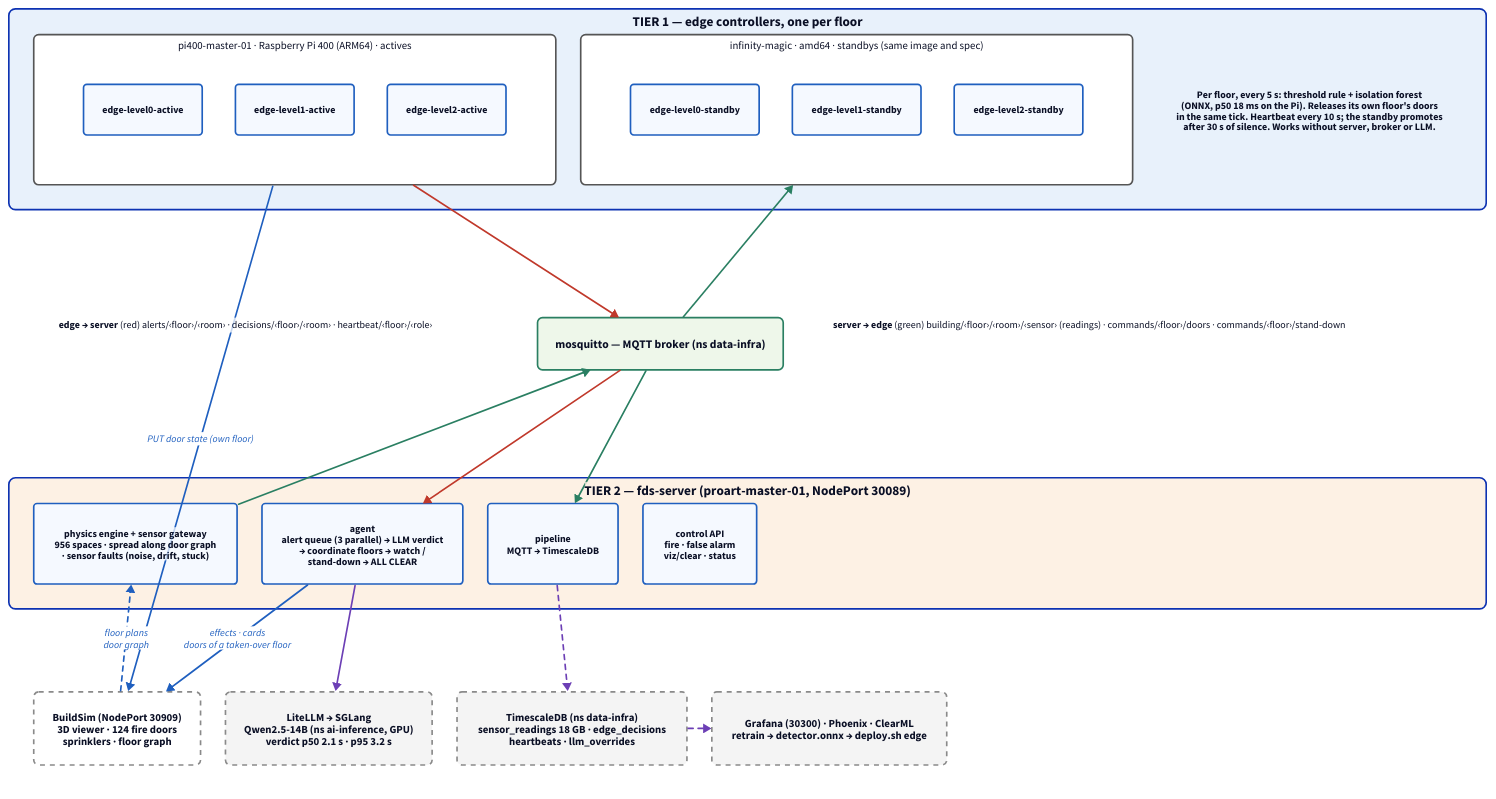
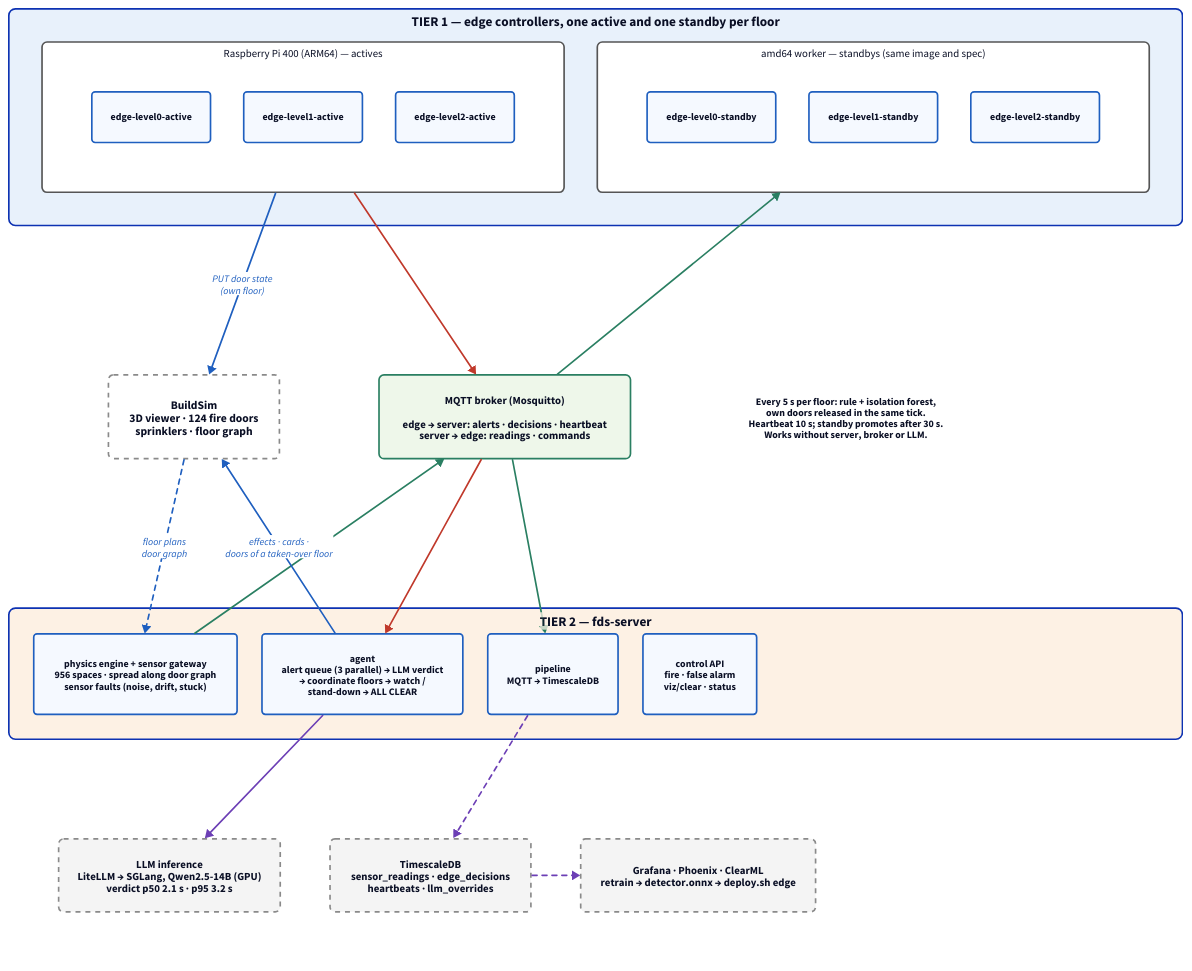
One commit to applied-ai-ltu/d7065e changed the diagram in docs/diagrams/01-architecture.d2. Above: the diagram before and after it, drawn with D2. The commit also changed 5 other files, not shown here.

Commit message:
docs: context and container diagrams simplified — no hostnames or ports, symmetric layout

```diff
--- a/docs/diagrams/01-architecture.d2
+++ b/docs/diagrams/01-architecture.d2
@@ -1,96 +1,88 @@
 grid-rows: 4
-grid-gap: 70
+grid-gap: 60
 
 classes: {
   tier: {style: {stroke-width: 2; border-radius: 8; font-size: 16; bold: true}}
   host: {style: {border-radius: 6; stroke: "#555"; fill: "#ffffff"; font-size: 13}}
   pod: {style: {border-radius: 4; stroke: "#1f5fbf"; fill: "#f5f9ff"; font-size: 12}}
   infra: {style: {border-radius: 6; stroke: "#8a8a8a"; fill: "#f4f4f4"; stroke-dash: 3; font-size: 13}}
   mqtt: {style: {stroke: "#2a7f62"; font-size: 12; font-color: "#2a7f62"; stroke-width: 2}}
   alert: {style: {stroke: "#c0392b"; font-size: 12; font-color: "#c0392b"; stroke-width: 2}}
   rest: {style: {stroke: "#1f5fbf"; font-size: 12; font-color: "#1f5fbf"}}
   data: {style: {stroke: "#6c3fb5"; font-size: 12; font-color: "#6c3fb5"; stroke-dash: 3}}
 }
 
-tier1: "TIER 1 — edge controllers, one per floor" {
+tier1: "TIER 1 — edge controllers, one active and one standby per floor" {
   class: tier
   style.fill: "#e8f1fb"
-  grid-columns: 3
-  grid-gap: 30
-  pi: "pi400-master-01 · Raspberry Pi 400 (ARM64) · actives" {
+  grid-columns: 2
+  grid-gap: 40
+  pi: "Raspberry Pi 400 (ARM64) — actives" {
     class: host
     grid-columns: 3
     e0: "edge-level0-active" {class: pod}
     e1: "edge-level1-active" {class: pod}
     e2: "edge-level2-active" {class: pod}
   }
-  im: "infinity-magic · amd64 · standbys (same image and spec)" {
+  im: "amd64 worker — standbys (same image and spec)" {
     class: host
     grid-columns: 3
     s0: "edge-level0-standby" {class: pod}
     s1: "edge-level1-standby" {class: pod}
     s2: "edge-level2-standby" {class: pod}
   }
-  note: "Per floor, every 5 s: threshold rule + isolation forest\n(ONNX, p50 18 ms on the Pi). Releases its own floor's doors\nin the same tick. Heartbeat every 10 s; the standby promotes\nafter 30 s of silence. Works without server, broker or LLM." {
+}
+
+mid: "" {
+  style.stroke: transparent
+  style.fill: transparent
+  grid-columns: 3
+  grid-gap: 120
+  buildsim: "BuildSim\n3D viewer · 124 fire doors\nsprinklers · floor graph" {class: infra; style.fill: "#ffffff"; style.font-size: 14}
+  mq: "MQTT broker (Mosquitto)\n\nedge → server: alerts · decisions · heartbeat\nserver → edge: readings · commands" {
+    class: infra
+    style.fill: "#eef7ea"
+    style.stroke: "#2a7f62"
+    style.stroke-dash: 0
+    style.font-size: 13
+  }
+  note: "Every 5 s per floor: rule + isolation forest,\nown doors released in the same tick.\nHeartbeat 10 s; standby promotes after 30 s.\nWorks without server, broker or LLM." {
     style.font-size: 12
     style.stroke: transparent
     style.fill: transparent
   }
 }
 
-mqrow: "" {
-  style.stroke: transparent
-  style.fill: transparent
-  grid-columns: 3
-  grid-gap: 60
-  topics_up: |md
-    **edge → server** (red)
-    alerts/‹floor›/‹room› · decisions/‹floor›/‹room› · heartbeat/‹floor›/‹role›
-  | {style.font-size: 12}
-  mq: "mosquitto — MQTT broker (ns data-infra)" {
-    class: infra
-    style.fill: "#eef7ea"
-    style.stroke: "#2a7f62"
-    style.stroke-dash: 0
-    style.font-size: 14
-  }
-  topics_down: |md
-    **server → edge** (green)
-    building/‹floor›/‹room›/‹sensor› (readings) · commands/‹floor›/doors · commands/‹floor›/stand-down
-  | {style.font-size: 12}
-}
-
-tier2: "TIER 2 — fds-server (proart-master-01, NodePort 30089)" {
+tier2: "TIER 2 — fds-server" {
   class: tier
   style.fill: "#fdf1e4"
   grid-columns: 4
   grid-gap: 30
-  physics: "physics engine + sensor gateway\n956 spaces · spread along door graph\n· sensor faults (noise, drift, stuck)" {class: pod}
+  physics: "physics engine + sensor gateway\n956 spaces · spread along door graph\nsensor faults (noise, drift, stuck)" {class: pod}
   agent: "agent\nalert queue (3 parallel) → LLM verdict\n→ coordinate floors → watch /\nstand-down → ALL CLEAR" {class: pod}
   pipeline: "pipeline\nMQTT → TimescaleDB" {class: pod}
   api: "control API\nfire · false alarm\nviz/clear · status" {class: pod}
 }
 
 ext: "" {
   style.stroke: transparent
   style.fill: transparent
-  grid-columns: 4
-  grid-gap: 30
-  buildsim: "BuildSim (NodePort 30909)\n3D viewer · 124 fire doors\nsprinklers · floor graph" {class: infra; style.fill: "#ffffff"}
-  llm: "LiteLLM → SGLang\nQwen2.5-14B (ns ai-inference, GPU)\nverdict p50 2.1 s · p95 3.2 s" {class: infra}
-  db: "TimescaleDB (ns data-infra)\nsensor_readings 18 GB · edge_decisions\nheartbeats · llm_overrides" {class: infra}
-  obs: "Grafana (30300) · Phoenix · ClearML\nretrain → detector.onnx → deploy.sh edge" {class: infra}
+  grid-columns: 3
+  grid-gap: 60
+  llm: "LLM inference\nLiteLLM → SGLang, Qwen2.5-14B (GPU)\nverdict p50 2.1 s · p95 3.2 s" {class: infra}
+  db: "TimescaleDB\nsensor_readings · edge_decisions\nheartbeats · llm_overrides" {class: infra}
+  obs: "Grafana · Phoenix · ClearML\nretrain → detector.onnx → deploy.sh edge" {class: infra}
 }
 
-tier1.pi -> mqrow.mq: {class: alert}
-mqrow.mq -> tier1.im: {class: mqtt}
-tier2.physics -> mqrow.mq: {class: mqtt}
-mqrow.mq -> tier2.agent: {class: alert}
-mqrow.mq -> tier2.pipeline: {class: mqtt}
+tier1.pi -> mid.mq: {class: alert}
+mid.mq -> tier1.im: {class: mqtt}
+tier2.physics -> mid.mq: {class: mqtt}
+mid.mq -> tier2.agent: {class: alert}
+mid.mq -> tier2.pipeline: {class: mqtt}
 
-tier2.agent -> ext.buildsim: "effects · cards\ndoors of a taken-over floor" {class: rest}
-ext.buildsim -> tier2.physics: "floor plans\ndoor graph" {class: rest; style.stroke-dash: 3}
+tier1.pi -> mid.buildsim: "PUT door state\n(own floor)" {class: rest}
+tier2.agent -> mid.buildsim: "effects · cards ·\ndoors of a taken-over floor" {class: rest}
+mid.buildsim -> tier2.physics: "floor plans\ndoor graph" {class: rest; style.stroke-dash: 3}
 tier2.agent -> ext.llm: {class: data; style.stroke-dash: 0}
 tier2.pipeline -> ext.db {class: data}
 ext.db -> ext.obs {class: data}
-tier1.pi -> ext.buildsim: "PUT door state (own floor)" {class: rest}
```
